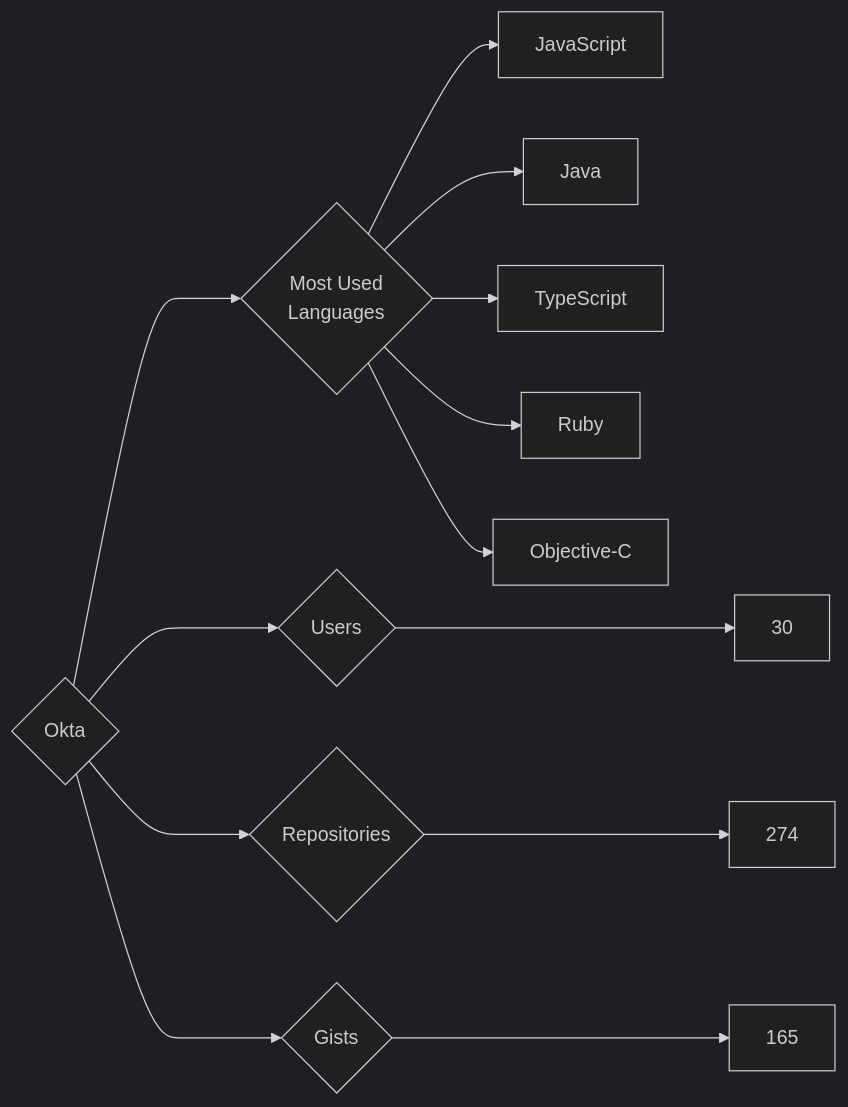
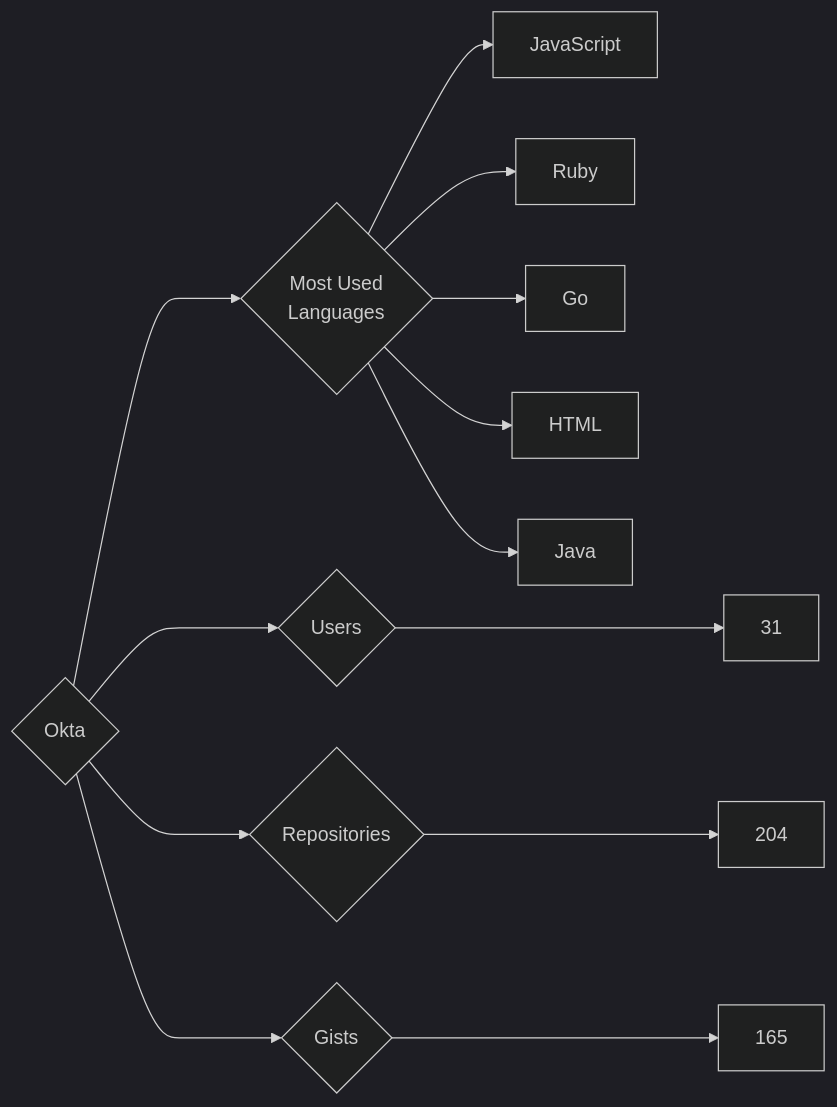
Before and after one commit to trickest/insiders: the diagram in targets/Okta/README.md, drawn with Mermaid (dark theme). The commit also changed 823 other files, not shown here.

````diff
--- a/targets/Okta/README.md
+++ b/targets/Okta/README.md
@@ -3,13 +3,13 @@
 ```mermaid
 graph LR
 COMPANY_NAME{Okta}
-COMPANY_NAME ---> U{Users} ---> UN[30]
-COMPANY_NAME ---> R{Repositories} ---> RN[274]
+COMPANY_NAME ---> U{Users} ---> UN[31]
+COMPANY_NAME ---> R{Repositories} ---> RN[204]
 COMPANY_NAME ---> G{Gists} ---> GN[165]
 COMPANY_NAME ---> ML{Most Used<br>Languages}
 ML --> JavaScript[JavaScript]
+ML --> Ruby[Ruby]
+ML --> Go[Go]
+ML --> HTML[HTML]
 ML --> Java[Java]
-ML --> TypeScript[TypeScript]
-ML --> Ruby[Ruby]
-ML --> Objective-C[Objective-C]
 ```
````
